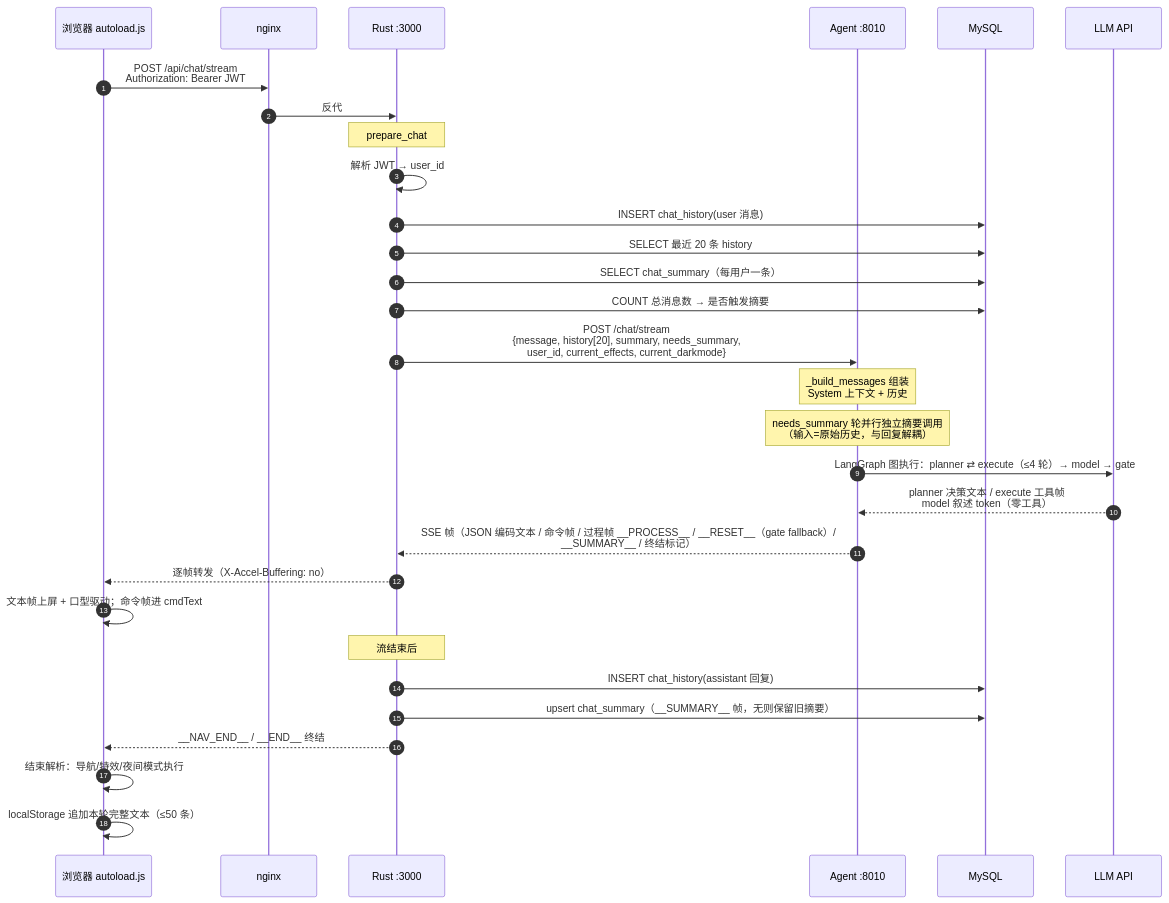
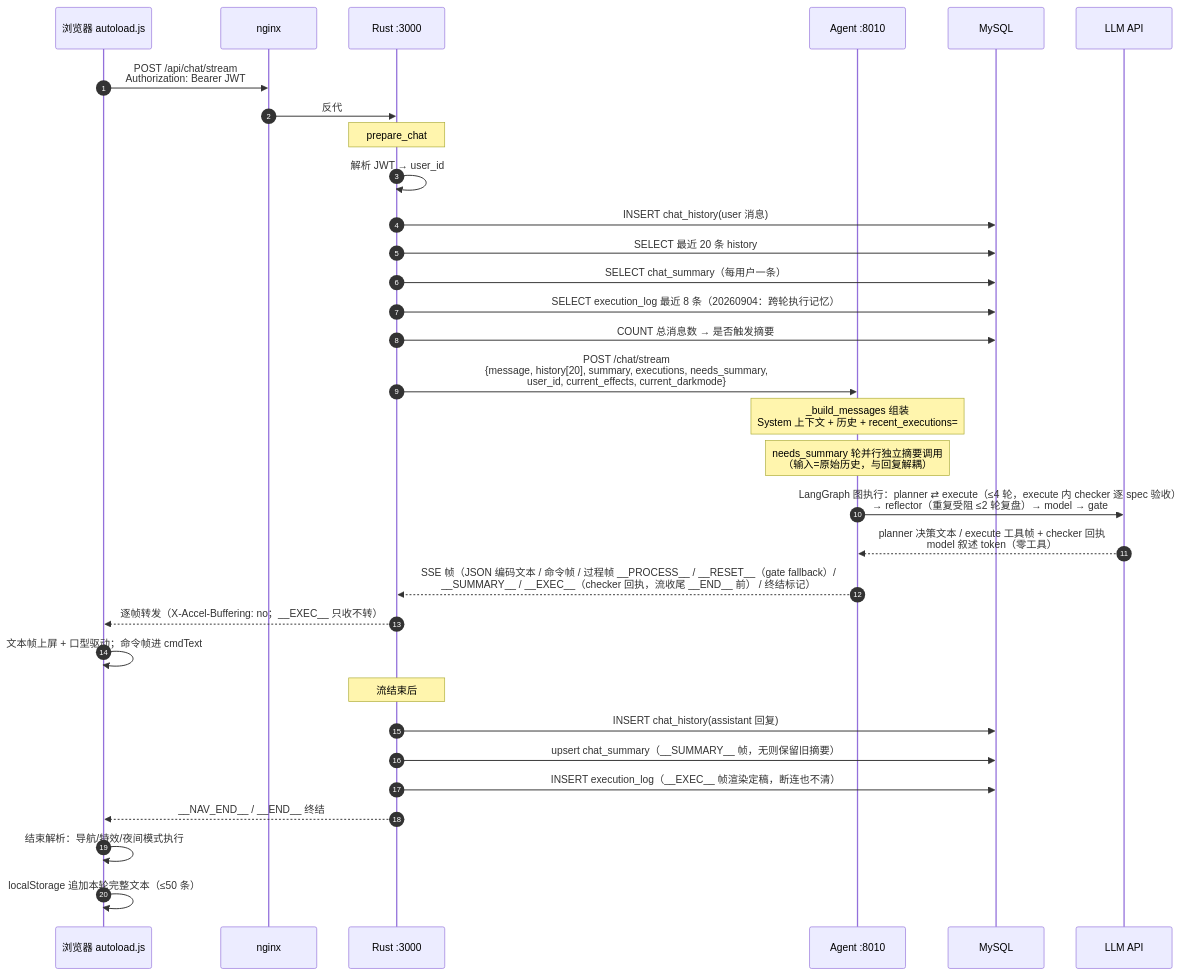
Before and after one commit to BigLeopardCat/saudade-blog-agent: the second of 5 diagrams in docs/agent-architecture.md, drawn with Mermaid. The commit also changed other lines of this file and 1 other file, not shown here.

````diff
--- a/docs/agent-architecture.md
+++ b/docs/agent-architecture.md
@@ -138,33 +138,35 @@
 ```mermaid
 sequenceDiagram
     autonumber
     participant B as 浏览器 autoload.js
     participant N as nginx
     participant R as Rust :3000
     participant A as Agent :8010
     participant DB as MySQL
     participant L as LLM API
 
     B->>N: POST /api/chat/stream<br/>Authorization: Bearer JWT
     N->>R: 反代
     Note over R: prepare_chat
     R->>R: 解析 JWT → user_id
     R->>DB: INSERT chat_history(user 消息)
     R->>DB: SELECT 最近 20 条 history
     R->>DB: SELECT chat_summary（每用户一条）
+    R->>DB: SELECT execution_log 最近 8 条（20260904：跨轮执行记忆）
     R->>DB: COUNT 总消息数 → 是否触发摘要
-    R->>A: POST /chat/stream<br/>{message, history[20], summary, needs_summary,<br/>user_id, current_effects, current_darkmode}
-    Note over A: _build_messages 组装<br/>System 上下文 + 历史
+    R->>A: POST /chat/stream<br/>{message, history[20], summary, executions, needs_summary,<br/>user_id, current_effects, current_darkmode}
+    Note over A: _build_messages 组装<br/>System 上下文 + 历史 + recent_executions=
     Note over A: needs_summary 轮并行独立摘要调用<br/>（输入=原始历史，与回复解耦）
-    A->>L: LangGraph 图执行：planner ⇄ execute（≤4 轮）→ model → gate
-    L-->>A: planner 决策文本 / execute 工具帧<br/>model 叙述 token（零工具）
-    A-->>R: SSE 帧（JSON 编码文本 / 命令帧 / 过程帧 __PROCESS__ / __RESET__（gate fallback）/<br/>__SUMMARY__ / 终结标记）
-    R-->>B: 逐帧转发（X-Accel-Buffering: no）
+    A->>L: LangGraph 图执行：planner ⇄ execute（≤4 轮，execute 内 checker 逐 spec 验收）<br/>→ reflector（重复受阻 ≤2 轮复盘）→ model → gate
+    L-->>A: planner 决策文本 / execute 工具帧 + checker 回执<br/>model 叙述 token（零工具）
+    A-->>R: SSE 帧（JSON 编码文本 / 命令帧 / 过程帧 __PROCESS__ / __RESET__（gate fallback）/<br/>__SUMMARY__ / __EXEC__（checker 回执，流收尾 __END__ 前） / 终结标记）
+    R-->>B: 逐帧转发（X-Accel-Buffering: no；__EXEC__ 只收不转）
     B->>B: 文本帧上屏 + 口型驱动；命令帧进 cmdText
     Note over R: 流结束后
     R->>DB: INSERT chat_history(assistant 回复)
     R->>DB: upsert chat_summary（__SUMMARY__ 帧，无则保留旧摘要）
+    R->>DB: INSERT execution_log（__EXEC__ 帧渲染定稿，断连也不清）
     R-->>B: __NAV_END__ / __END__ 终结
     B->>B: 结束解析：导航/特效/夜间模式执行
     B->>B: localStorage 追加本轮完整文本（≤50 条）
 ```
````
